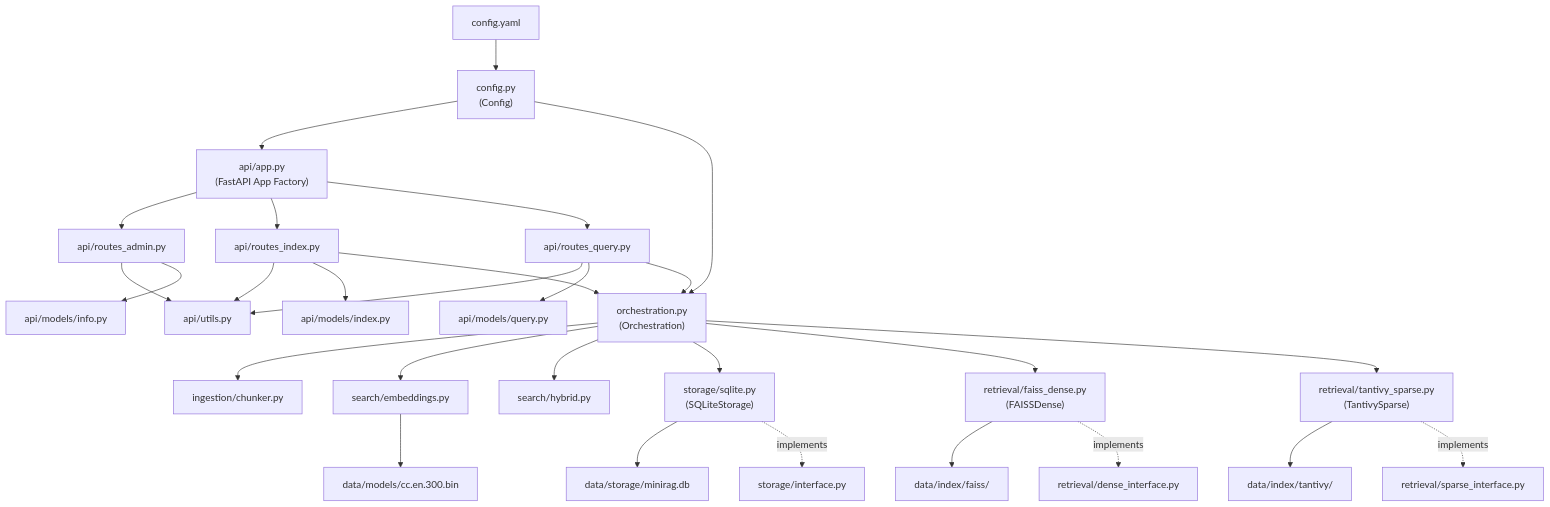
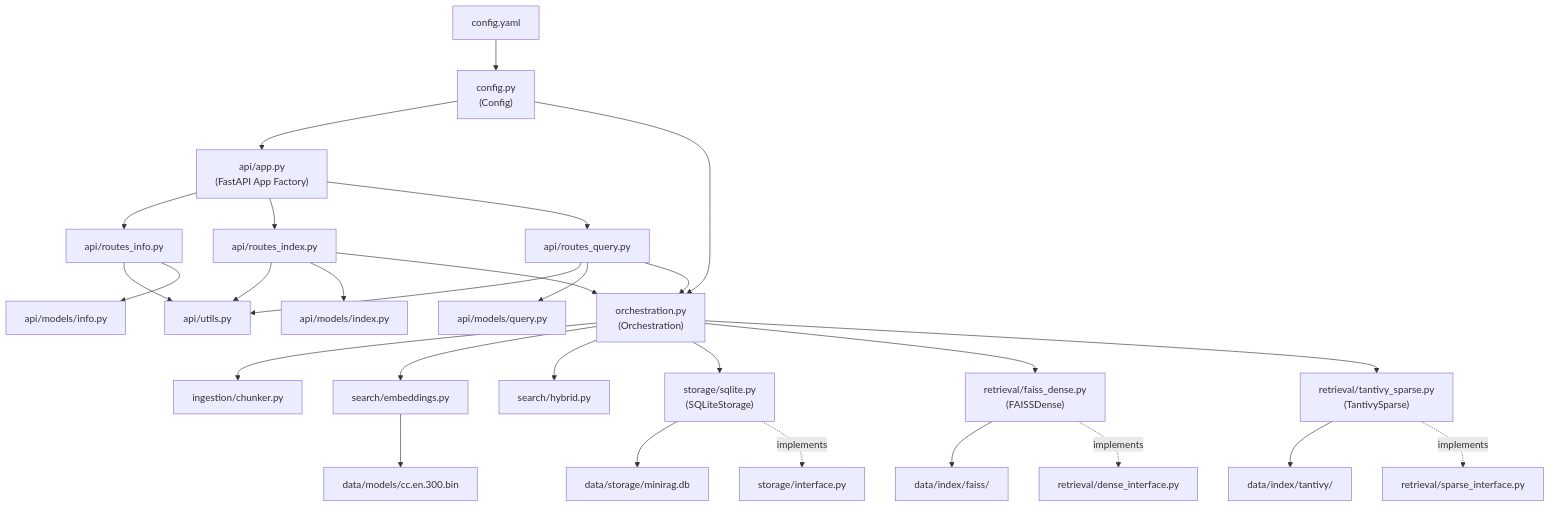
The first of 9 diagrams in docs/SPECIFICATION-DATA-FLOW.md (florianbuetow/mini-rag), drawn with Mermaid before and after one commit. The commit also changed other lines of this file and 1 other file, not shown here.

Commit message:
Update specs to use routes_info naming

````diff
--- a/docs/SPECIFICATION-DATA-FLOW.md
+++ b/docs/SPECIFICATION-DATA-FLOW.md
@@ -22,38 +22,38 @@
 ```mermaid
 flowchart TD
     CONF["config.yaml"] --> CFG["config.py<br/>(Config)"]
 
     CFG --> APP["api/app.py<br/>(FastAPI App Factory)"]
     CFG --> ORCH["orchestration.py<br/>(Orchestration)"]
 
-    APP --> RA["api/routes_admin.py"]
+    APP --> RA["api/routes_info.py"]
     APP --> RI["api/routes_index.py"]
     APP --> RQ["api/routes_query.py"]
 
     RA --> UT["api/utils.py"]
     RI --> UT
     RQ --> UT
 
     RI --> MOD_I["api/models/index.py"]
     RQ --> MOD_Q["api/models/query.py"]
     RA --> MOD_A["api/models/info.py"]
 
     RI --> ORCH
     RQ --> ORCH
 
     ORCH --> CH["ingestion/chunker.py"]
     ORCH --> EMB["search/embeddings.py"]
     ORCH --> HY["search/hybrid.py"]
     ORCH --> STOR["storage/sqlite.py<br/>(SQLiteStorage)"]
     ORCH --> DENSE["retrieval/faiss_dense.py<br/>(FAISSDense)"]
     ORCH --> SPARSE["retrieval/tantivy_sparse.py<br/>(TantivySparse)"]
 
     EMB --> MODEL["data/models/cc.en.300.bin"]
     STOR --> DB["data/storage/minirag.db"]
     DENSE --> FIDX["data/index/faiss/"]
     SPARSE --> TIDX["data/index/tantivy/"]
 
     STOR -.->|implements| STOR_IF["storage/interface.py"]
     DENSE -.->|implements| DENSE_IF["retrieval/dense_interface.py"]
     SPARSE -.->|implements| SPARSE_IF["retrieval/sparse_interface.py"]
 ```
````
